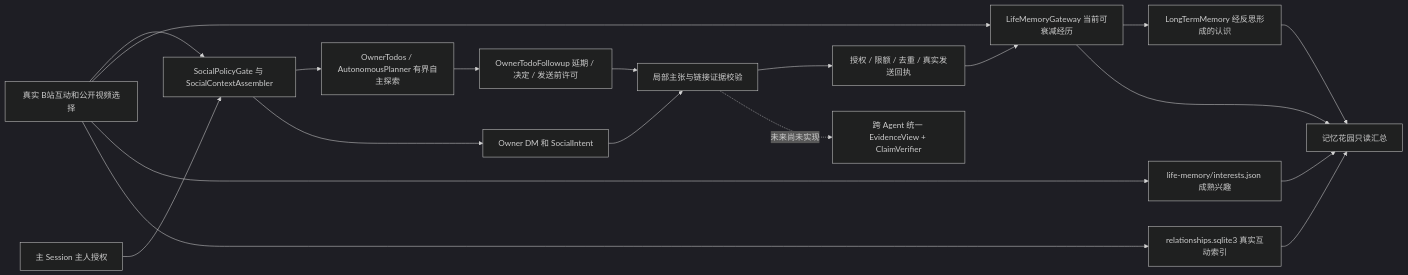
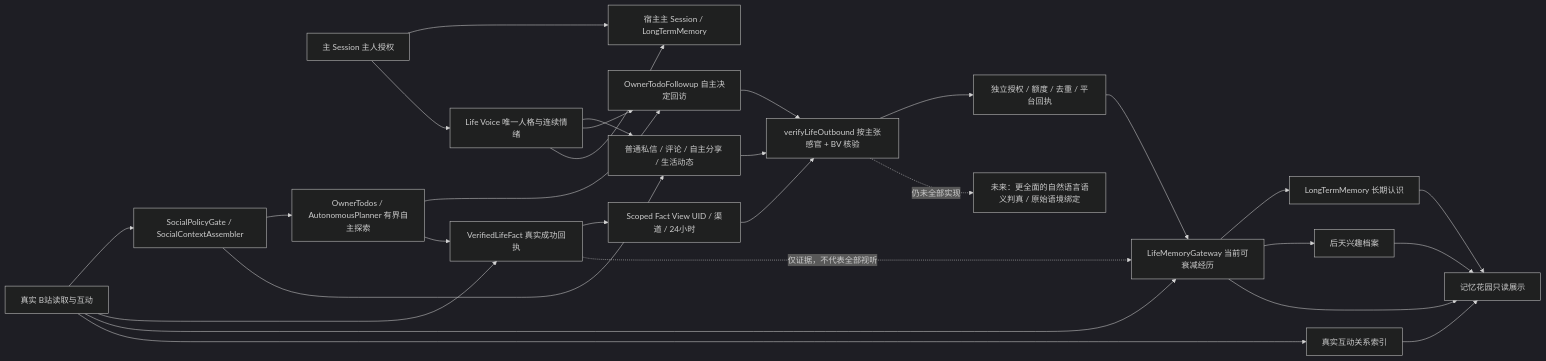
Before and after one commit to minedalang/dsh-dafeiyu-life: the diagram in docs/architecture/diagrams/2.6.2-life-system-current.mmd, drawn with Mermaid (dark theme). The commit also changed 19 other files, not shown here.

```diff
--- a/docs/architecture/diagrams/2.6.2-life-system-current.mmd
+++ b/docs/architecture/diagrams/2.6.2-life-system-current.mmd
@@ -1,19 +1,29 @@
 flowchart LR
-  A[真实 B站互动和公开视频选择] --> S[SocialPolicyGate 与 SocialContextAssembler]
-  O[主 Session 主人授权] --> S
-  S --> T[OwnerTodos / AutonomousPlanner 有界自主探索]
-  T --> F[OwnerTodoFollowup 延期 / 决定 / 发送前许可]
-  S --> D[Owner DM 和 SocialIntent]
-  A --> E[LifeMemoryGateway 当前可衰减经历]
-  A --> I[life-memory/interests.json 成熟兴趣]
-  A --> R[relationships.sqlite3 真实互动索引]
-  E --> L[LongTermMemory 经反思形成的认识]
-  E --> G[记忆花园只读汇总]
-  I --> G
-  R --> G
-  L --> G
-  D --> C[局部主张与链接证据校验]
-  F --> C
-  C --> W[授权 / 限额 / 去重 / 真实发送回执]
+  B[真实 B站读取与互动] --> P[SocialPolicyGate / SocialContextAssembler]
+  H[主 Session 主人授权] --> M[宿主主 Session / LongTermMemory]
+  P --> T[OwnerTodos / AutonomousPlanner 有界自主探索]
+  T --> F[OwnerTodoFollowup 自主决定回访]
+  P --> C[普通私信 / 评论 / 自主分享 / 生活动态]
+  B --> V[VerifiedLifeFact 真实成功回执]
+  T --> V
+  V --> Q[Scoped Fact View UID / 渠道 / 24小时]
+  Q --> G[verifyLifeOutbound 按主张感官 + BV 核验]
+  C --> G
+  F --> G
+  G --> W[独立授权 / 额度 / 去重 / 平台回执]
+  B --> E[LifeMemoryGateway 当前可衰减经历]
   W --> E
-  C -. 未来尚未实现 .-> U[跨 Agent 统一 EvidenceView + ClaimVerifier]
+  E --> L[LongTermMemory 长期认识]
+  E --> I[后天兴趣档案]
+  B --> R[真实互动关系索引]
+  E --> J[记忆花园只读展示]
+  I --> J
+  R --> J
+  L --> J
+  V -. 仅证据，不代表全部视听 .-> E
+  H --> LM[Life Voice 唯一人格与连续情绪]
+  LM --> C
+  LM --> F
+  LM --> M
+  U[未来：更全面的自然语言语义判真 / 原始语境绑定]
+  G -. 仍未全部实现 .-> U
```
